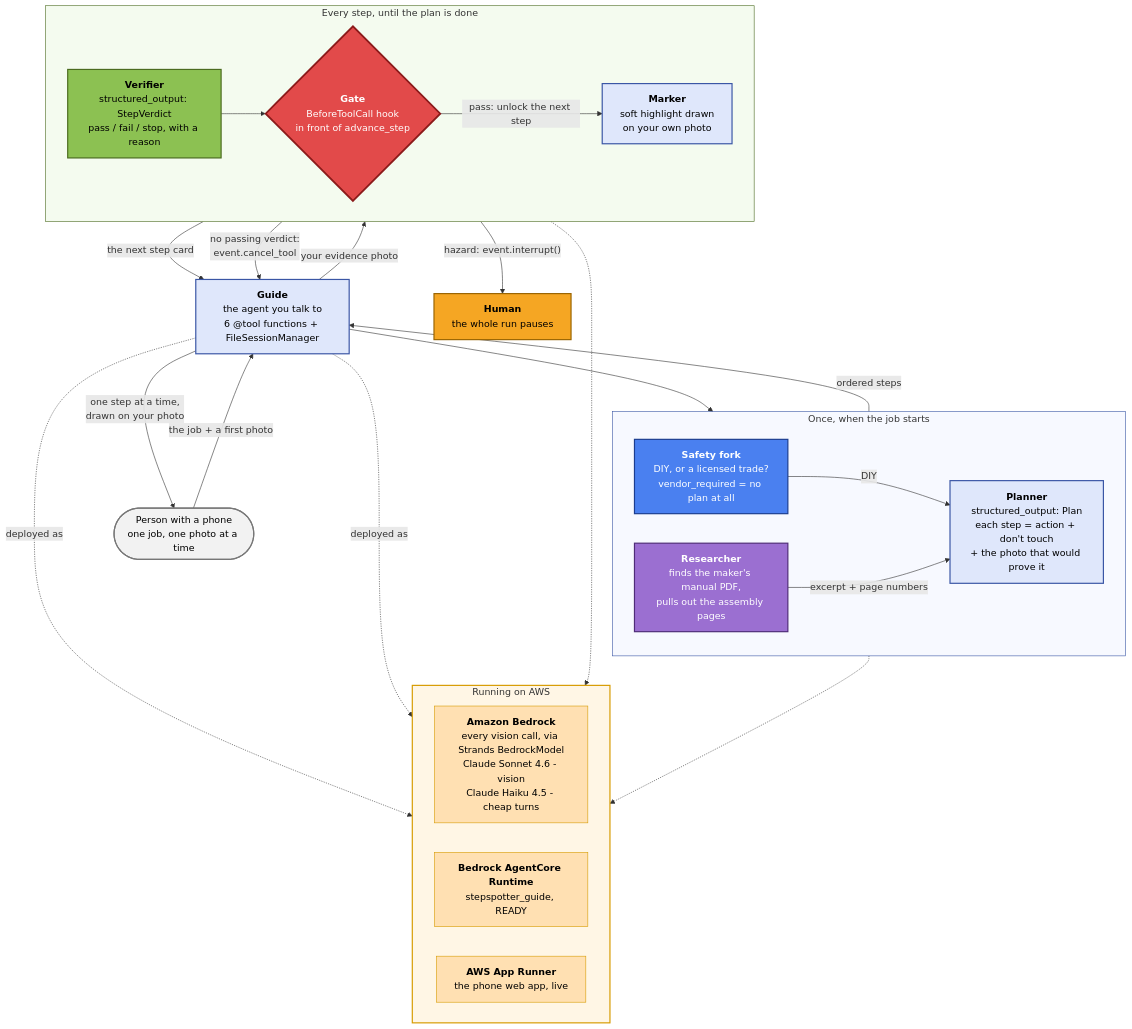
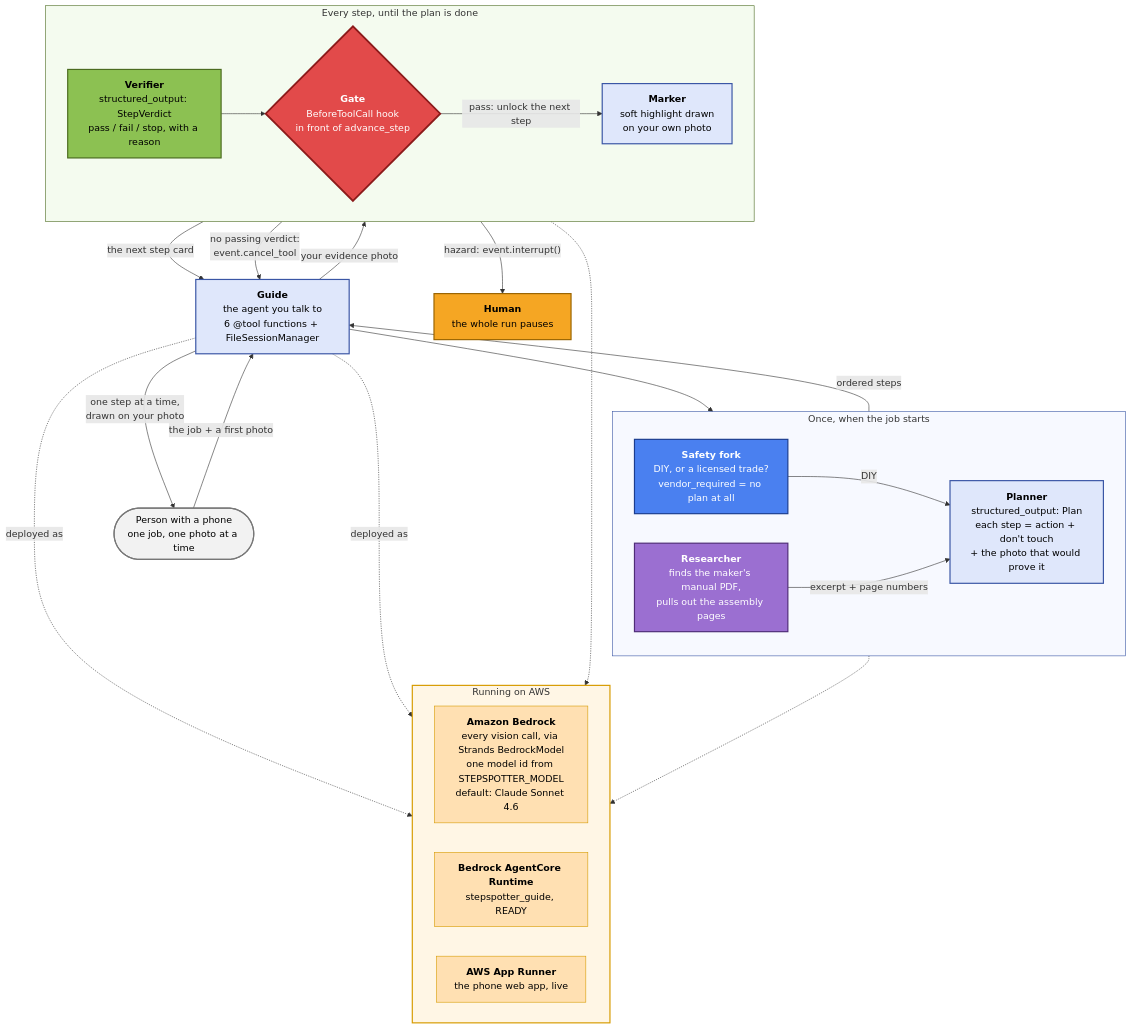
One commit to retailbox-automation/stepspotter changed the diagram in docs/ARCHITECTURE.md. Above: the diagram before and after it, drawn with Mermaid. The commit also changed 8 other files, not shown here.

Commit message:
Bake Ryobi RY40LB01K manual into the cache; single-model docs and diagram; judge testing instructions in README

````diff
--- a/docs/ARCHITECTURE.md
+++ b/docs/ARCHITECTURE.md
@@ -63,61 +63,61 @@
 ```mermaid
 flowchart TB
     U(["Person with a phone<br/>one job, one photo at a time"])
 
     subgraph Once["Once, when the job starts"]
         direction LR
         S["<b>Safety fork</b><br/>DIY, or a licensed trade?<br/>vendor_required = no plan at all"]
         R["<b>Researcher</b><br/>finds the maker's manual PDF,<br/>pulls out the assembly pages"]
         P["<b>Planner</b><br/>structured_output: Plan<br/>each step = action + don't touch<br/>+ the photo that would prove it"]
         S -->|"DIY"| P
         R -->|"excerpt + page numbers"| P
     end
 
     subgraph Step["Every step, until the plan is done"]
         direction LR
         V["<b>Verifier</b><br/>structured_output: StepVerdict<br/>pass / fail / stop, with a reason"]
         GATE{"<b>Gate</b><br/>BeforeToolCall hook<br/>in front of advance_step"}
         M["<b>Marker</b><br/>soft highlight drawn<br/>on your own photo"]
         V --> GATE
         GATE -->|"pass: unlock the next step"| M
     end
 
     G["<b>Guide</b><br/>the agent you talk to<br/>6 @tool functions + FileSessionManager"]
 
     U -->|"the job + a first photo"| G
     G --> Once
     P -->|"ordered steps"| G
     G -->|"your evidence photo"| Step
     M -->|"the next step card"| G
     GATE -->|"no passing verdict:<br/>event.cancel_tool"| G
     GATE -->|"hazard: event.interrupt()"| H["<b>Human</b><br/>the whole run pauses"]
     G -->|"one step at a time,<br/>drawn on your photo"| U
 
     subgraph AWS["Running on AWS"]
         direction LR
-        BR["<b>Amazon Bedrock</b><br/>every vision call, via Strands BedrockModel<br/>Claude Sonnet 4.6 - vision<br/>Claude Haiku 4.5 - cheap turns"]
+        BR["<b>Amazon Bedrock</b><br/>every vision call, via Strands BedrockModel<br/>one model id from STEPSPOTTER_MODEL<br/>default: Claude Sonnet 4.6"]
         AC["<b>Bedrock AgentCore Runtime</b><br/>stepspotter_guide, READY"]
         AR["<b>AWS App Runner</b><br/>the phone web app, live"]
     end
 
     Once -.-> BR
     Step -.-> BR
     G -.->|"deployed as"| AC
     G -.->|"deployed as"| AR
 
     style GATE fill:#e24a4a,color:#fff,stroke:#8b1a1a,stroke-width:3px
     style H fill:#f5a623,color:#000,stroke:#9a6400,stroke-width:2px
     style V fill:#8cc152,color:#000,stroke:#4b6b1f,stroke-width:2px
     style S fill:#4a80f0,color:#fff,stroke:#1b3d8f,stroke-width:2px
     style R fill:#9b6fd1,color:#fff,stroke:#4f2c78,stroke-width:2px
     style G fill:#dfe7fb,color:#000,stroke:#3a56a5,stroke-width:2px
     style P fill:#dfe7fb,color:#000,stroke:#3a56a5,stroke-width:2px
     style M fill:#dfe7fb,color:#000,stroke:#3a56a5,stroke-width:2px
     style U fill:#f2f2f2,color:#000,stroke:#777,stroke-width:2px
     style AWS fill:#fff6e5,stroke:#d79b00,stroke-width:2px
     style Once fill:#f7f9ff,stroke:#3a56a5
     style Step fill:#f4fbef,stroke:#4b6b1f
     style BR fill:#ffe0b2,color:#000,stroke:#d79b00
     style AC fill:#ffe0b2,color:#000,stroke:#d79b00
     style AR fill:#ffe0b2,color:#000,stroke:#d79b00
 ```
````
